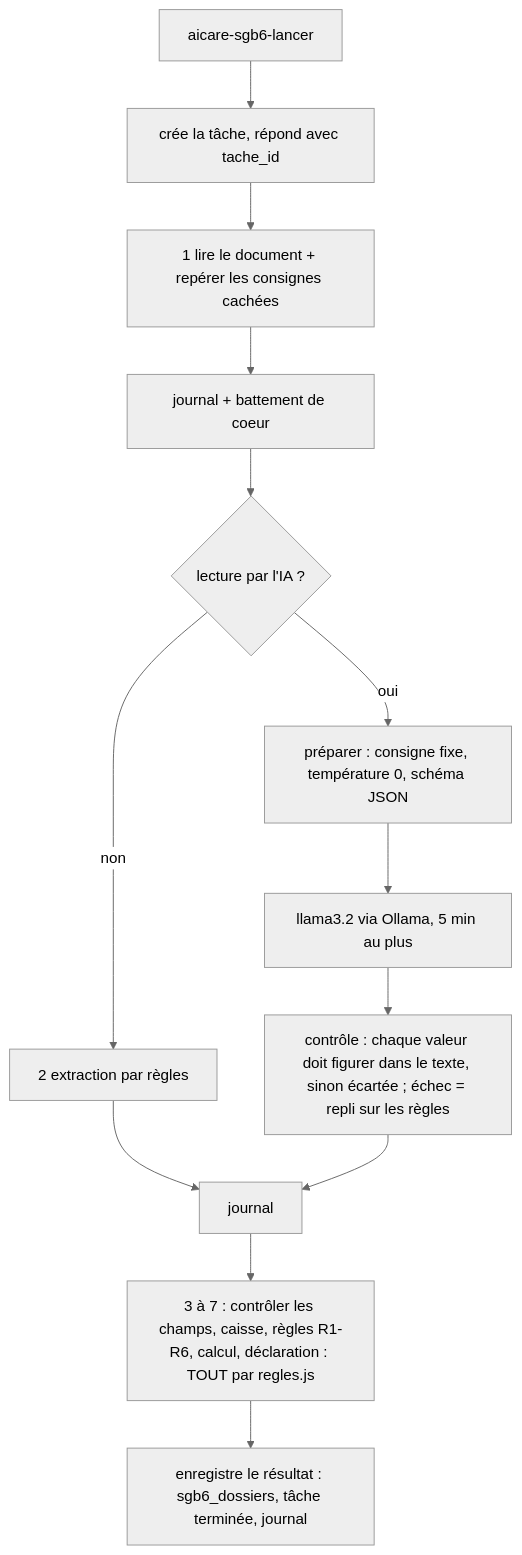
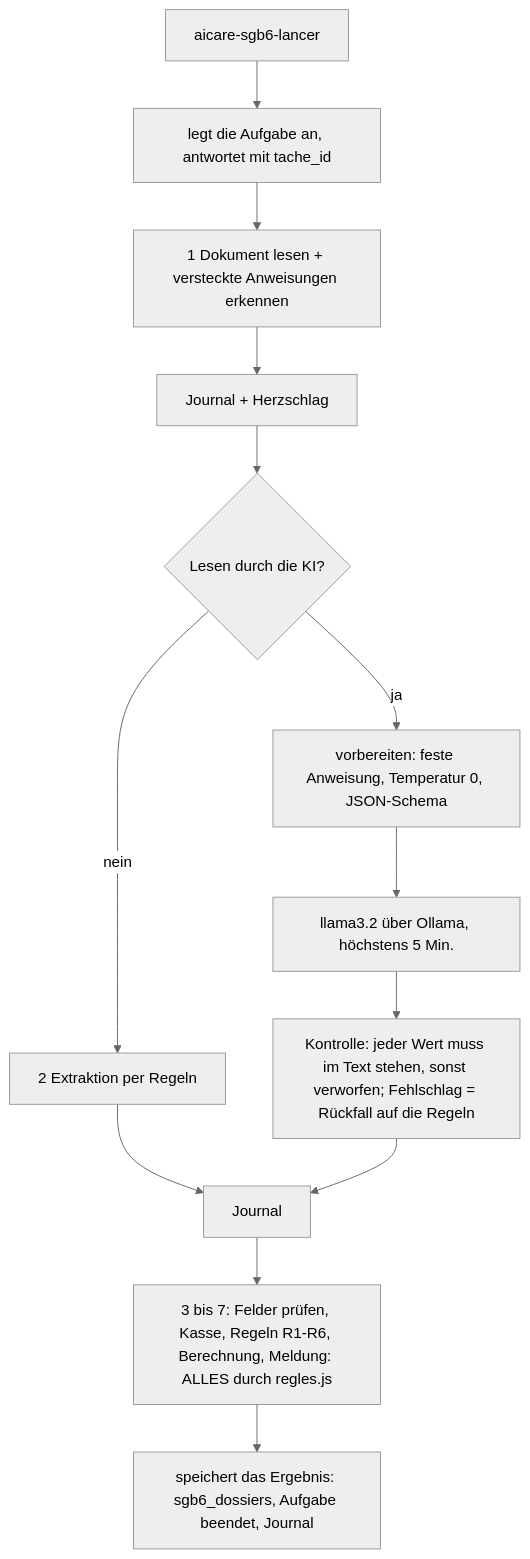
The diagram in docs/cotisations.md (Arseine1/AI-care-assisatnt-deutsch), drawn with Mermaid (neutral theme) before and after one commit. The commit also changed other lines of this file and 324 other files, not shown here.

````diff
--- a/docs/cotisations.md
+++ b/docs/cotisations.md
@@ -33,15 +33,15 @@
 ```mermaid
 flowchart TD
-  L[aicare-sgb6-lancer] --> T[crée la tâche, répond avec tache_id]
-  T --> A1[1 lire le document + repérer les consignes cachées]
-  A1 --> J1[journal + battement de coeur]
-  J1 --> Q{lecture par l'IA ?}
-  Q -- non --> R[2 extraction par règles]
-  Q -- oui --> P[préparer : consigne fixe, température 0, schéma JSON]
-  P --> O[llama3.2 via Ollama, 5 min au plus]
-  O --> C[contrôle : chaque valeur doit figurer dans le texte, sinon écartée ; échec = repli sur les règles]
-  R --> J2[journal]
+  L[aicare-sgb6-lancer] --> T[legt die Aufgabe an, antwortet mit tache_id]
+  T --> A1[1 Dokument lesen + versteckte Anweisungen erkennen]
+  A1 --> J1[Journal + Herzschlag]
+  J1 --> Q{Lesen durch die KI?}
+  Q -- nein --> R[2 Extraktion per Regeln]
+  Q -- ja --> P[vorbereiten: feste Anweisung, Temperatur 0, JSON-Schema]
+  P --> O[llama3.2 über Ollama, höchstens 5 Min.]
+  O --> C[Kontrolle: jeder Wert muss im Text stehen, sonst verworfen; Fehlschlag = Rückfall auf die Regeln]
+  R --> J2[Journal]
   C --> J2
-  J2 --> X[3 à 7 : contrôler les champs, caisse, règles R1-R6, calcul, déclaration : TOUT par regles.js]
-  X --> E[enregistre le résultat : sgb6_dossiers, tâche terminée, journal]
+  J2 --> X[3 bis 7: Felder prüfen, Kasse, Regeln R1-R6, Berechnung, Meldung: ALLES durch regles.js]
+  X --> E[speichert das Ergebnis: sgb6_dossiers, Aufgabe beendet, Journal]
 ```
````
